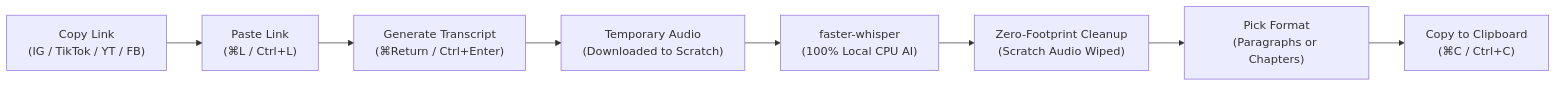
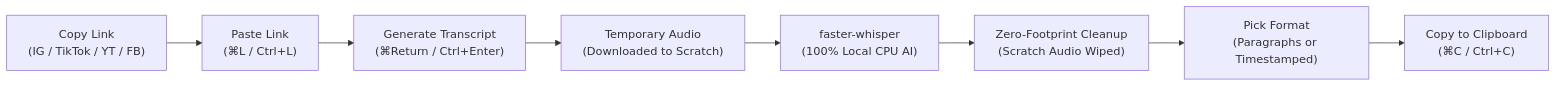
One commit to ApetriStefan/FaeryGood-Transcriber changed the diagram in README.md. Above: the diagram before and after it, drawn with Mermaid. The commit also changed other lines of this file and 35 other files, not shown here.

````diff
--- a/README.md
+++ b/README.md
@@ -90,10 +91,10 @@
 ```mermaid
 flowchart LR
     A["Copy Link<br/>(IG / TikTok / YT / FB)"] --> B["Paste Link<br/>(⌘L / Ctrl+L)"]
     B --> C["Generate Transcript<br/>(⌘Return / Ctrl+Enter)"]
     C --> D["Temporary Audio<br/>(Downloaded to Scratch)"]
     D --> E["faster-whisper<br/>(100% Local CPU AI)"]
     E --> F["Zero-Footprint Cleanup<br/>(Scratch Audio Wiped)"]
-    F --> G["Pick Format<br/>(Paragraphs or Chapters)"]
+    F --> G["Pick Format<br/>(Paragraphs or Timestamped)"]
     G --> H["Copy to Clipboard<br/>(⌘C / Ctrl+C)"]
 ```
````
